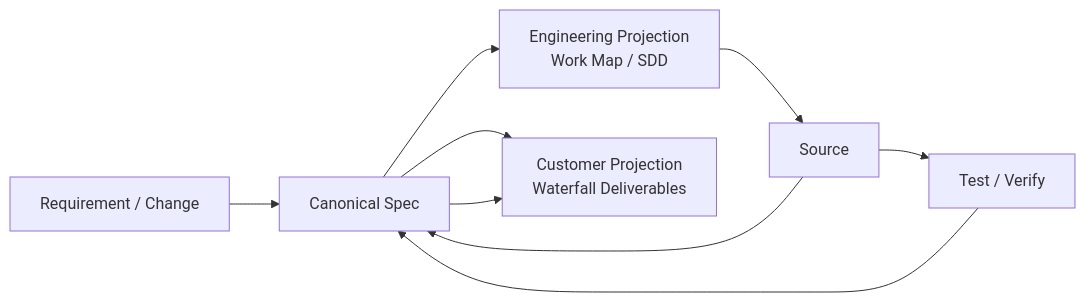
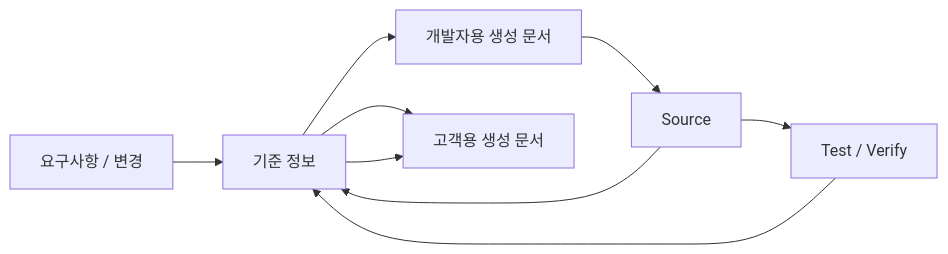
One commit to Seunghyun0606/SDLC_DDD_SDD changed the diagram in docs/00_시작/START_HERE.md. Above: the diagram before and after it, drawn with Mermaid. The commit also changed other lines of this file, not shown here.

Commit message:
docs: refresh start guide for customer preview and rq-list skill

````diff
--- a/docs/00_시작/START_HERE.md
+++ b/docs/00_시작/START_HERE.md
@@ -11,10 +11,10 @@
 ```mermaid
 flowchart LR
-  R["Requirement / Change"] --> C["Canonical Spec"]
-  C --> E["Engineering Projection\nWork Map / SDD"]
-  C --> U["Customer Projection\nWaterfall Deliverables"]
+  R["요구사항 / 변경"] --> C["기준 정보"]
+  C --> E["개발자용 생성 문서"]
+  C --> U["고객용 생성 문서"]
   E --> S["Source"] --> T["Test / Verify"]
   S --> C
   T --> C
   C --> U
 ```
````
